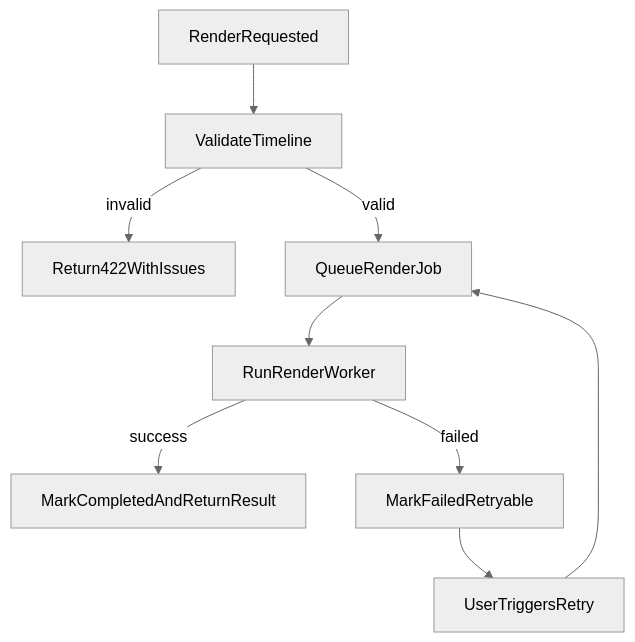
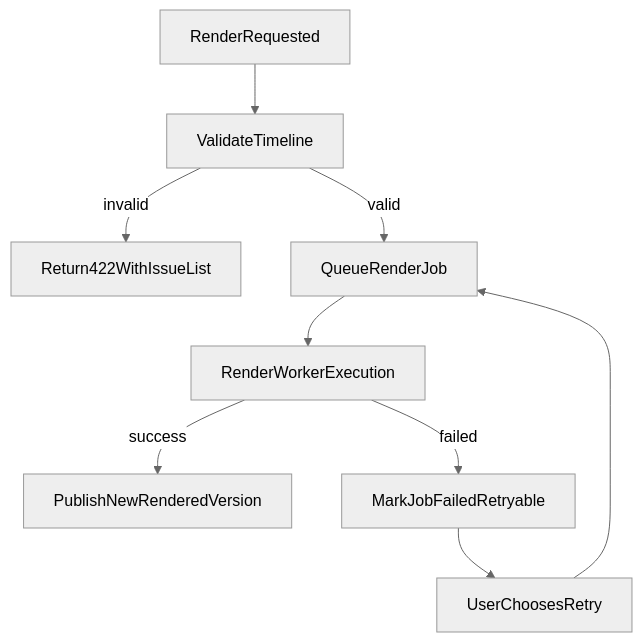
The second of 2 diagrams in docs/specs/phase5/PHASE5_API_AND_FLOW_CONTRACTS.md (KennethAtchon/ContentAI), drawn with Mermaid (neutral theme) before and after one commit. The commit also changed other lines of this file and 37 other files, not shown here.

First line of the commit message:
feat: Introduce reel_composition table and related schemas for video composition management

````diff
--- a/docs/specs/phase5/PHASE5_API_AND_FLOW_CONTRACTS.md
+++ b/docs/specs/phase5/PHASE5_API_AND_FLOW_CONTRACTS.md
@@ -289,11 +416,11 @@
 ```mermaid
 flowchart TD
-    start[RenderRequested] --> validate[ValidateTimeline]
-    validate -->|invalid| reject[Return422WithIssues]
-    validate -->|valid| queue[QueueRenderJob]
-    queue --> run[RunRenderWorker]
-    run -->|success| complete[MarkCompletedAndReturnResult]
-    run -->|failed| fail[MarkFailedRetryable]
-    fail --> retry[UserTriggersRetry]
-    retry --> queue
+    renderReq[RenderRequested] --> validate[ValidateTimeline]
+    validate -->|invalid| badTimeline[Return422WithIssueList]
+    validate -->|valid| enqueue[QueueRenderJob]
+    enqueue --> execute[RenderWorkerExecution]
+    execute -->|success| completed[PublishNewRenderedVersion]
+    execute -->|failed| markFailed[MarkJobFailedRetryable]
+    markFailed --> retryDecision[UserChoosesRetry]
+    retryDecision --> enqueue
 ```
````
